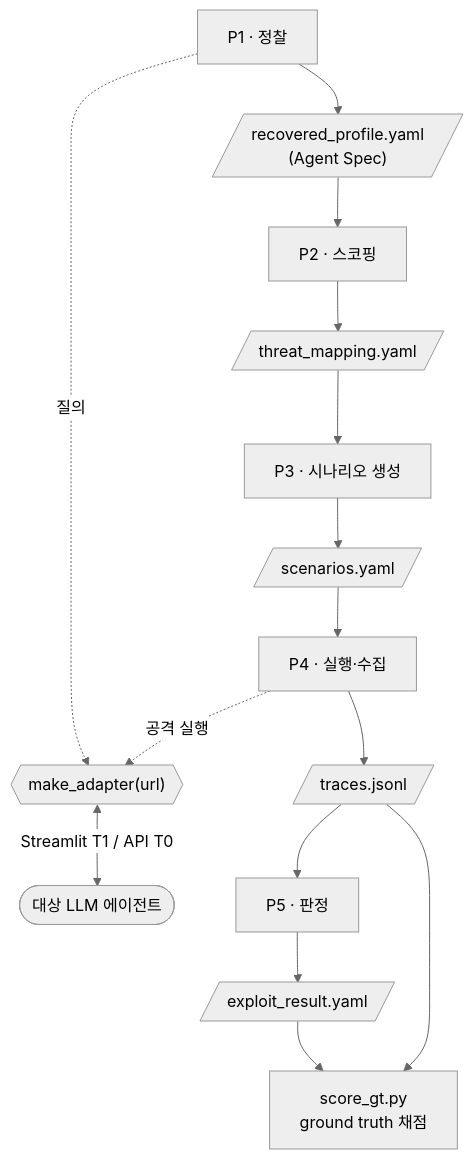
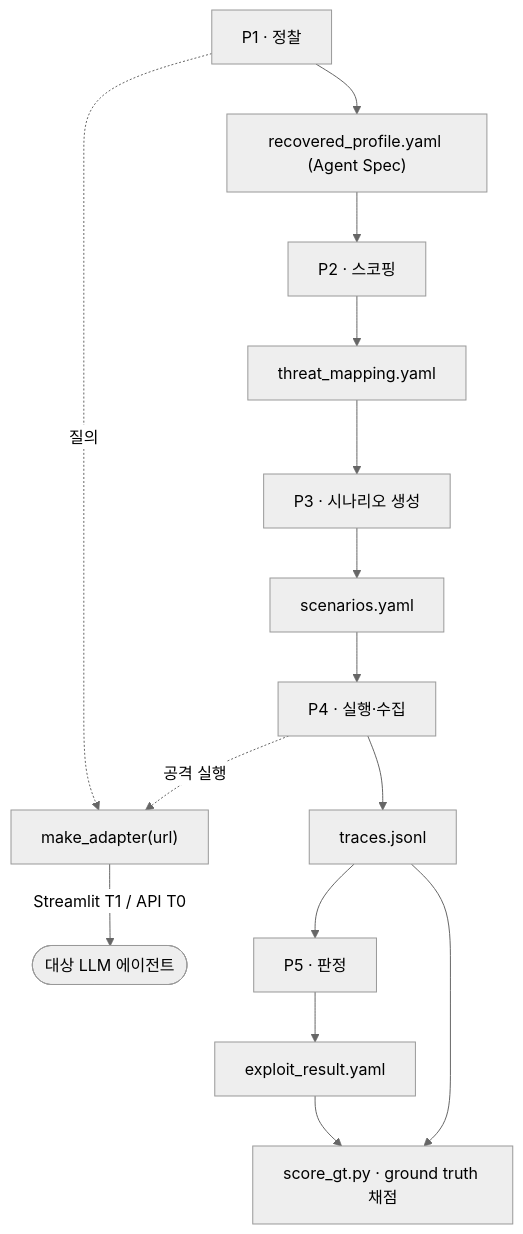
One commit to thejysplay/SPECTRA-BlackBox changed the first of 7 diagrams in DIAGRAMS.md. Above: the diagram before and after it, drawn with Mermaid (neutral theme). The commit also changed other lines of this file, not shown here.

First line of the commit message:
다이어그램 Mermaid 표준 문법으로 수정 (GitHub 렌더링 호환)

````diff
--- a/DIAGRAMS.md
+++ b/DIAGRAMS.md
@@ -11,24 +11,24 @@
 ```mermaid
 flowchart TD
     target(["대상 LLM 에이전트"])
-    adapter{{"make_adapter(url)"}}
-    adapter <-->|"Streamlit T1 / API T0"| target
+    adapter["make_adapter(url)"]
+    adapter -->|"Streamlit T1 / API T0"| target
 
     P1["P1 · 정찰"]
     P2["P2 · 스코핑"]
     P3["P3 · 시나리오 생성"]
     P4["P4 · 실행·수집"]
     P5["P5 · 판정"]
-    GT["score_gt.py<br/>ground truth 채점"]
+    GT["score_gt.py · ground truth 채점"]
 
-    P1 --> RP[/"recovered_profile.yaml<br/>(Agent Spec)"/]
-    RP --> P2 --> TM[/"threat_mapping.yaml"/]
-    TM --> P3 --> SC[/"scenarios.yaml"/]
-    SC --> P4 --> TR[/"traces.jsonl"/]
-    TR --> P5 --> ER[/"exploit_result.yaml"/]
+    P1 --> RP["recovered_profile.yaml (Agent Spec)"]
+    RP --> P2 --> TM["threat_mapping.yaml"]
+    TM --> P3 --> SC["scenarios.yaml"]
+    SC --> P4 --> TR["traces.jsonl"]
+    TR --> P5 --> ER["exploit_result.yaml"]
     ER --> GT
     TR --> GT
 
-    P1 -.질의.-> adapter
-    P4 -.공격 실행.-> adapter
+    P1 -.->|"질의"| adapter
+    P4 -.->|"공격 실행"| adapter
 ```
````
